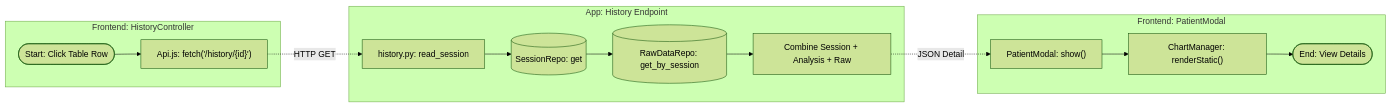
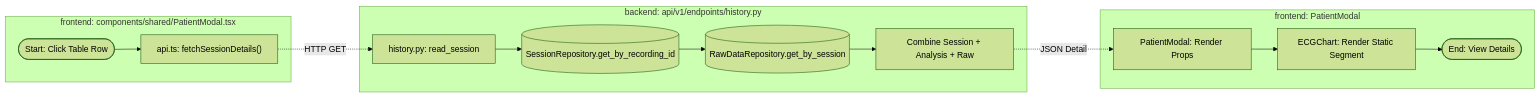
One commit to affanrk/ecg-puskesmas changed the ninth of 11 diagrams in SYSTEM_FLOWS.md. Above: the diagram before and after it, drawn with Mermaid (forest theme). The commit also changed other lines of this file and 176 other files, not shown here.

Commit message:
BE_FE: Separate Frontend & Backend, Framework FE -> Next.JS (UI), Backend-> FastAPI (Service for API & Websocket)

````diff
--- a/SYSTEM_FLOWS.md
+++ b/SYSTEM_FLOWS.md
@@ -322,22 +323,22 @@
 ```mermaid
 flowchart LR
     %% SWIMLANE: FRONTEND
-    subgraph UI [Frontend: HistoryController]
-        ClickRow([Start: Click Table Row]) --> ReqDet["Api.js: fetch('/history/{id}')"]
+    subgraph UI [frontend: components/shared/PatientModal.tsx]
+        ClickRow([Start: Click Table Row]) --> ReqDet["api.ts: fetchSessionDetails()"]
     end
 
     %% SWIMLANE: BACKEND
-    subgraph API [App: History Endpoint]
+    subgraph API [backend: api/v1/endpoints/history.py]
         ReqDet -.->|HTTP GET| Endpoint["history.py: read_session"]
-        Endpoint --> FetchSess[(SessionRepo: get)]
-        FetchSess --> FetchRaw[(RawDataRepo: get_by_session)]
+        Endpoint --> FetchSess[(SessionRepository.get_by_recording_id)]
+        FetchSess --> FetchRaw[(RawDataRepository.get_by_session)]
         FetchRaw --> Combine[Combine Session + Analysis + Raw]
     end
 
     %% SWIMLANE: RENDER
-    subgraph Frontend_Modal [Frontend: PatientModal]
-        Combine -.->|JSON Detail| OpenMod["PatientModal: show()"]
-        OpenMod --> RenderChart["ChartManager: renderStatic()"]
+    subgraph Frontend_Modal [frontend: PatientModal]
+        Combine -.->|JSON Detail| OpenMod["PatientModal: Render Props"]
+        OpenMod --> RenderChart["ECGChart: Render Static Segment"]
         RenderChart --> View([End: View Details])
     end
 ```
````
